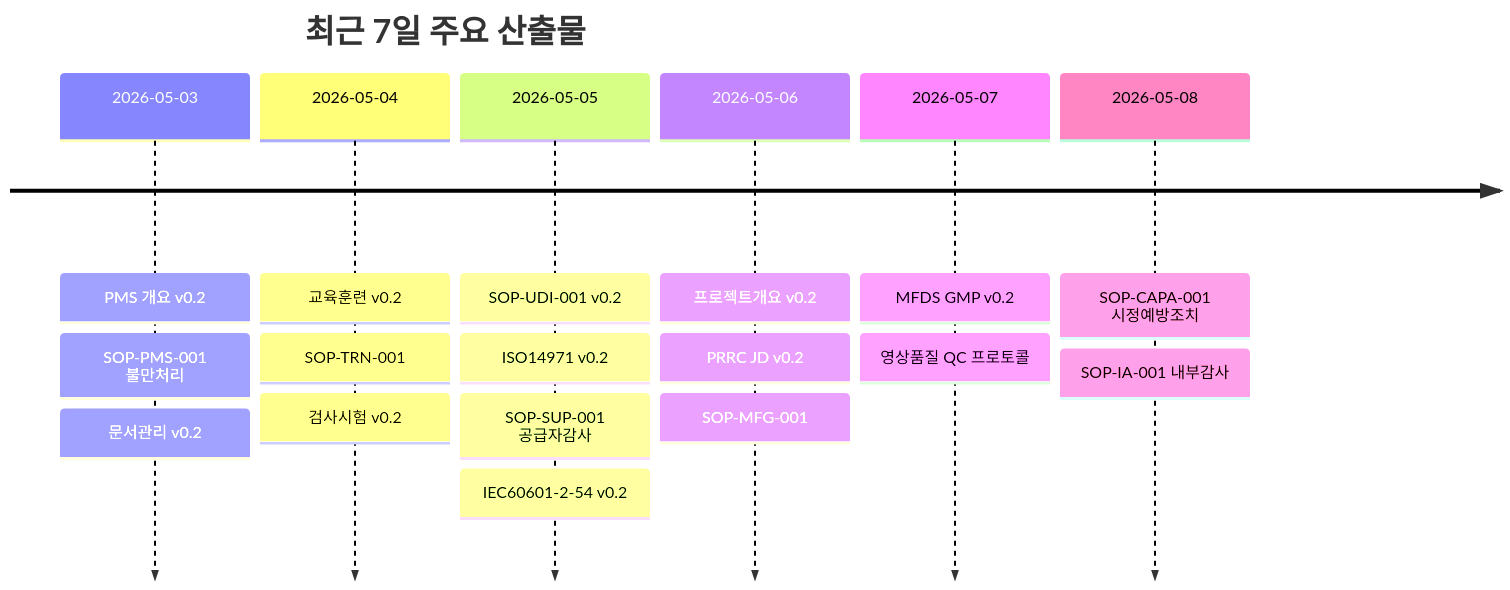
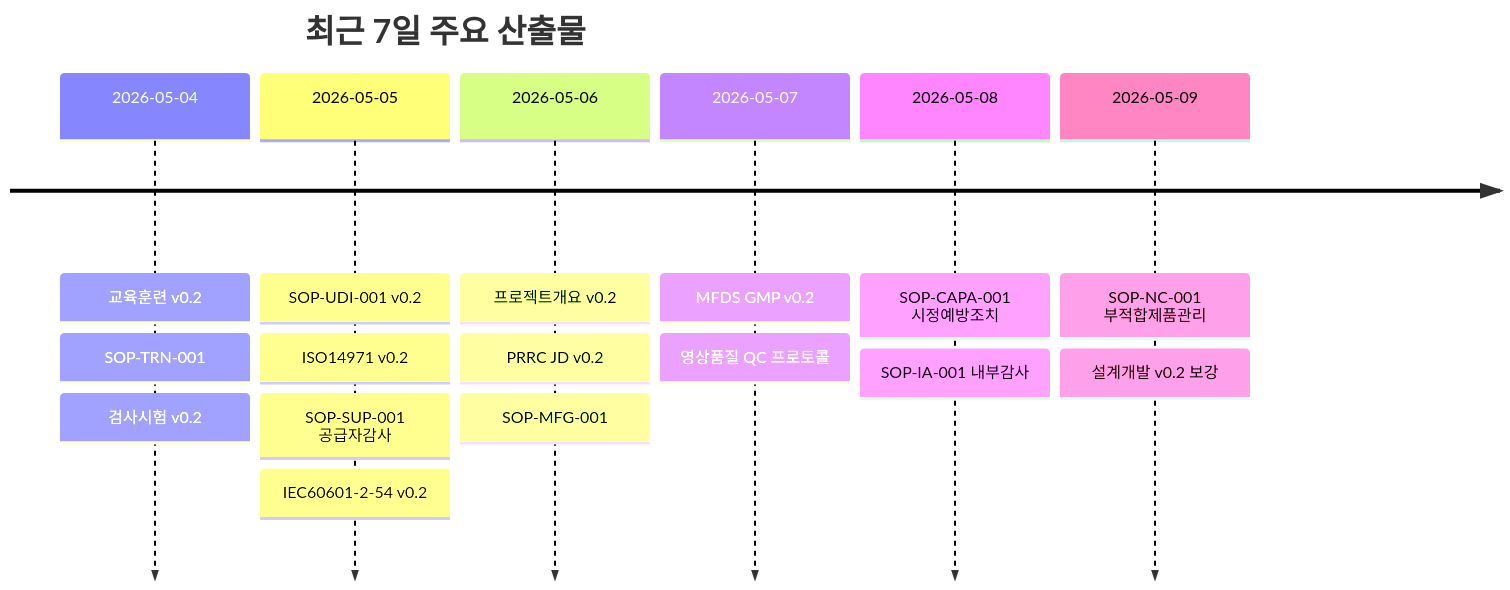
Before and after one commit to holee9/MD-process: the third of 4 diagrams in README.md, drawn with Mermaid. The commit also changed other lines of this file, not shown here.

````diff
--- a/README.md
+++ b/README.md
@@ -126,10 +126,10 @@
 ```mermaid
 timeline
     title 최근 7일 주요 산출물
-    2026-05-03 : PMS 개요 v0.2 : SOP-PMS-001 불만처리 : 문서관리 v0.2
     2026-05-04 : 교육훈련 v0.2 : SOP-TRN-001 : 검사시험 v0.2
     2026-05-05 : SOP-UDI-001 v0.2 : ISO14971 v0.2 : SOP-SUP-001 공급자감사 : IEC60601-2-54 v0.2
     2026-05-06 : 프로젝트개요 v0.2 : PRRC JD v0.2 : SOP-MFG-001
     2026-05-07 : MFDS GMP v0.2 : 영상품질 QC 프로토콜
     2026-05-08 : SOP-CAPA-001 시정예방조치 : SOP-IA-001 내부감사
+    2026-05-09 : SOP-NC-001 부적합제품관리 : 설계개발 v0.2 보강
 ```
````
